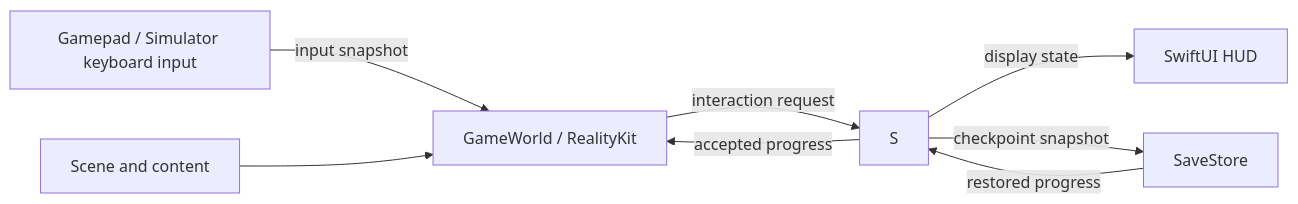
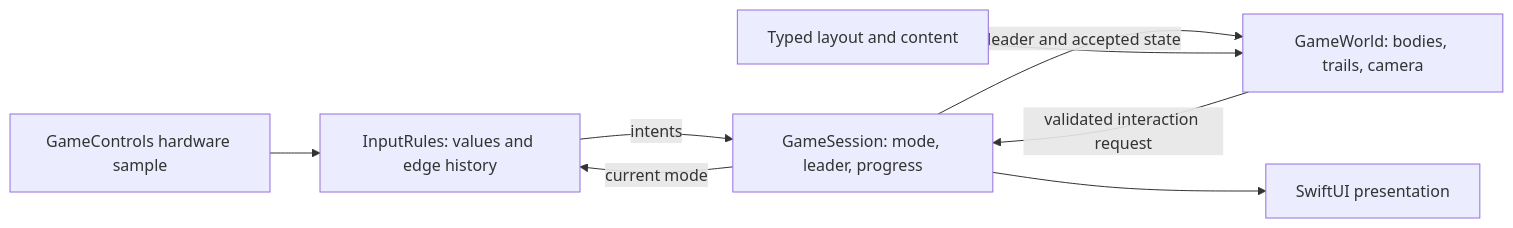
Before and after one commit to RonildoBraga/lauder: the diagram in docs/architecture.md, drawn with Mermaid. The commit also changed other lines of this file and 1 other file, not shown here.

````diff
--- a/docs/architecture.md
+++ b/docs/architecture.md
@@ -60,11 +58,10 @@
 ```mermaid
 flowchart LR
-    I["Gamepad / Simulator keyboard input"] -->|input snapshot| W["GameWorld / RealityKit"]
-    UI["SwiftUI HUD"]
-    W -->|interaction request| S
-    S -->|accepted progress| W
-    S -->|display state| UI
-    S -->|checkpoint snapshot| P["SaveStore"]
-    P -->|restored progress| S
-    C["Scene and content"] --> W
+    H[GameControls hardware sample] --> R[InputRules: values and edge history]
+    S[GameSession: mode, leader, progress] -->|current mode| R
+    R -->|intents| S
+    W[GameWorld: bodies, trails, camera] -->|validated interaction request| S
+    S -->|leader and accepted state| W
+    S --> U[SwiftUI presentation]
+    C[Typed layout and content] --> W
 ```
````
